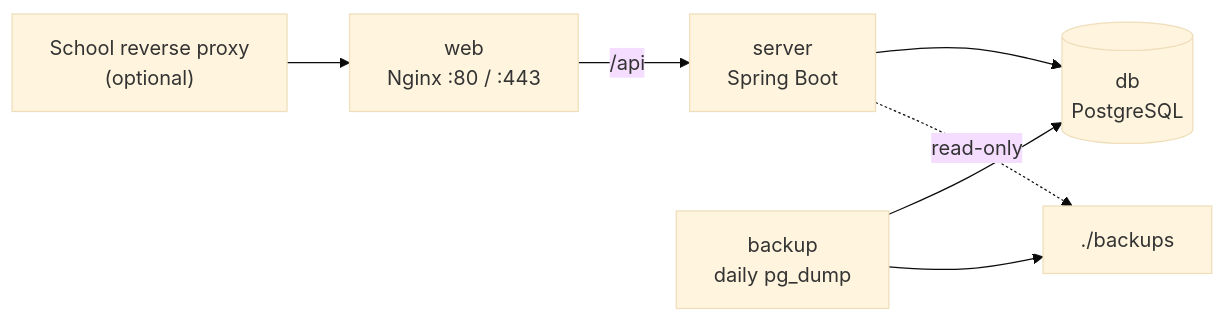
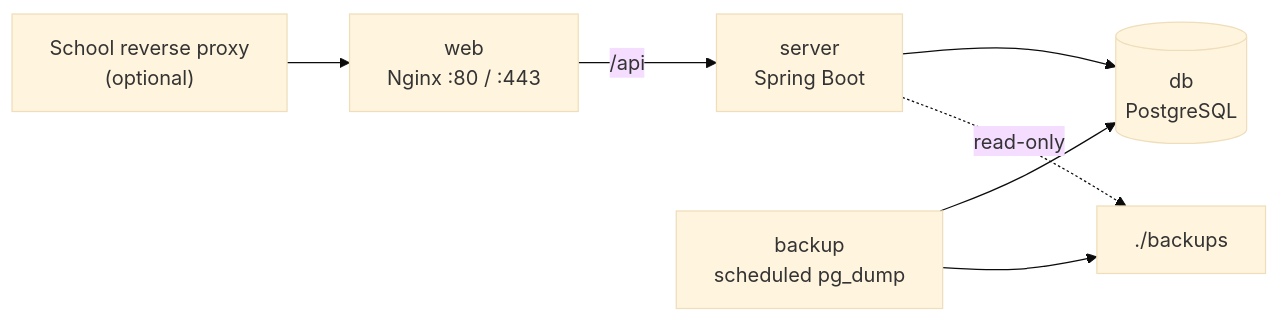
The diagram in docs/deployment.md (alaner652/tpcu-testa), drawn with Mermaid (base theme) before and after one commit. The commit also changed other lines of this file and 11 other files, not shown here.

````diff
--- a/docs/deployment.md
+++ b/docs/deployment.md
@@ -7,9 +7,9 @@
 ```mermaid
 flowchart LR
     P["School reverse proxy<br/>(optional)"] --> W["web<br/>Nginx :80 / :443"]
     W -->|/api| S["server<br/>Spring Boot"]
     S --> D[("db<br/>PostgreSQL")]
-    K["backup<br/>daily pg_dump"] --> D
+    K["backup<br/>scheduled pg_dump"] --> D
     K --> F["./backups"]
     S -.read-only.-> F
 ```
````
